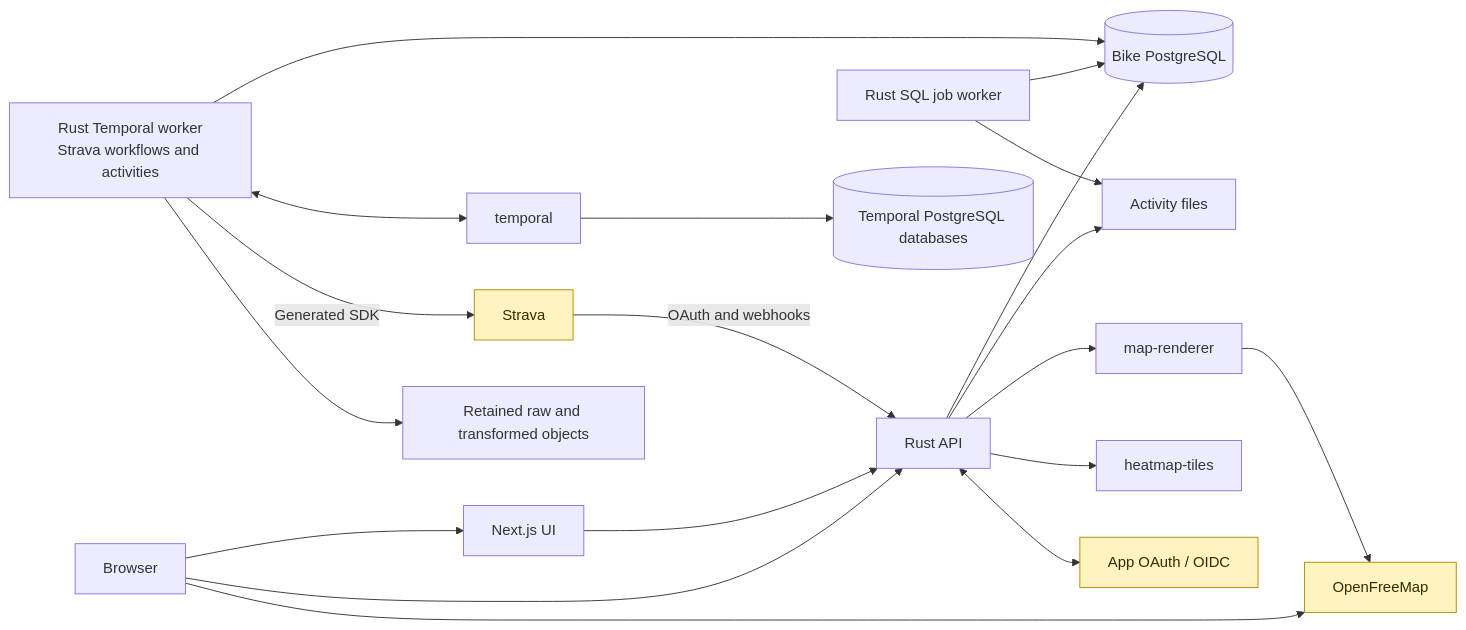
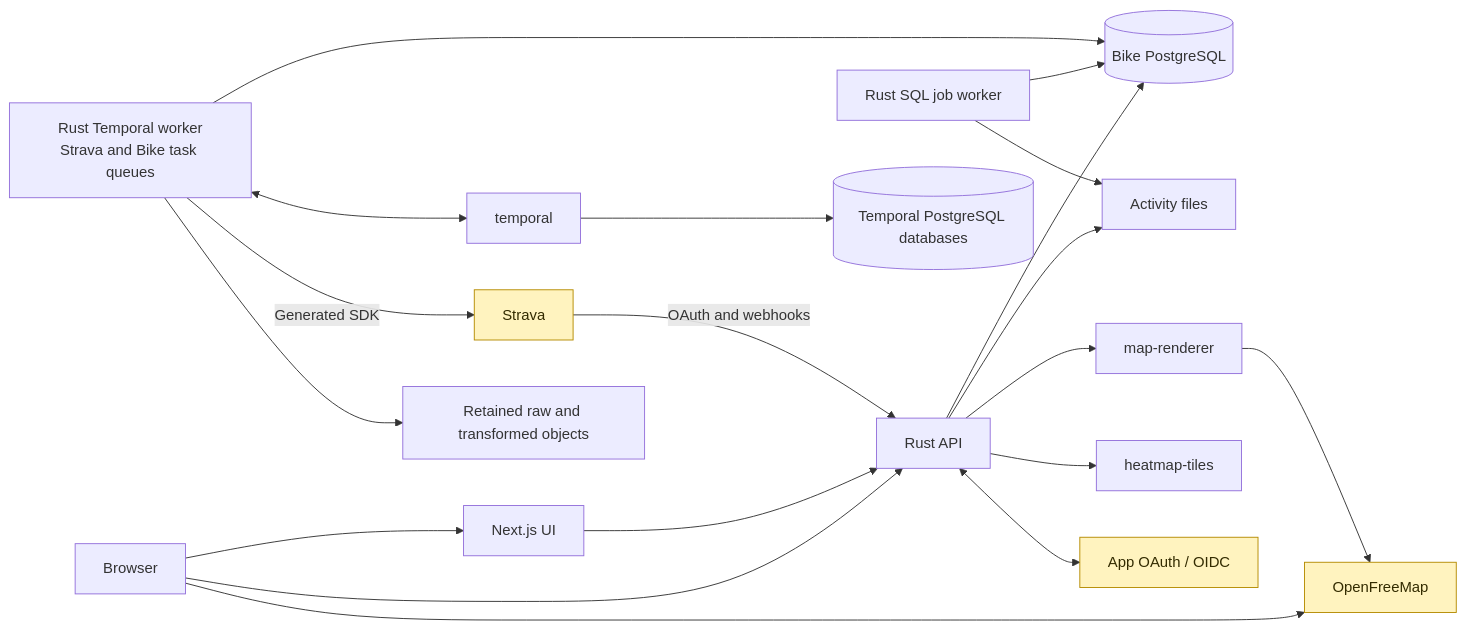
The diagram in docs/architecture.md (ericbutera/bike), drawn with Mermaid before and after one commit. The commit also changed other lines of this file and 176 other files, not shown here.

Commit message:
feat: run activity reprocessing in the shared Temporal worker

````diff
--- a/docs/architecture.md
+++ b/docs/architecture.md
@@ -10,24 +10,24 @@
 ```mermaid
 flowchart LR
     Browser[Browser] --> UI[Next.js UI]
     Browser --> API[Rust API]
     UI --> API
     API --> DB[(Bike PostgreSQL)]
     Worker[Rust SQL job worker] --> DB
     API --> Files[Activity files]
     Worker --> Files
     API --> Maps["map-renderer"]
     API --> HeatmapTiles["heatmap-tiles"]
     Strava[Strava] -->|OAuth and webhooks| API
-    TemporalWorker["Rust Temporal worker<br/>Strava workflows and activities"] --> DB
+    TemporalWorker["Rust Temporal worker<br/>Strava and Bike task queues"] --> DB
     TemporalWorker <--> Temporal["temporal"]
     Temporal --> TemporalDB[(Temporal PostgreSQL databases)]
     TemporalWorker -->|Generated SDK| Strava
     TemporalWorker --> ProviderObjects[Retained raw and transformed objects]
     API <--> OAuth["App OAuth / OIDC"]
     Browser --> OpenMaps["OpenFreeMap"]
     Maps --> OpenMaps
 
     classDef thirdParty fill:#fff3bf,stroke:#b58b00,color:#332b00
     class OAuth,Strava,OpenMaps thirdParty
 ```
````
